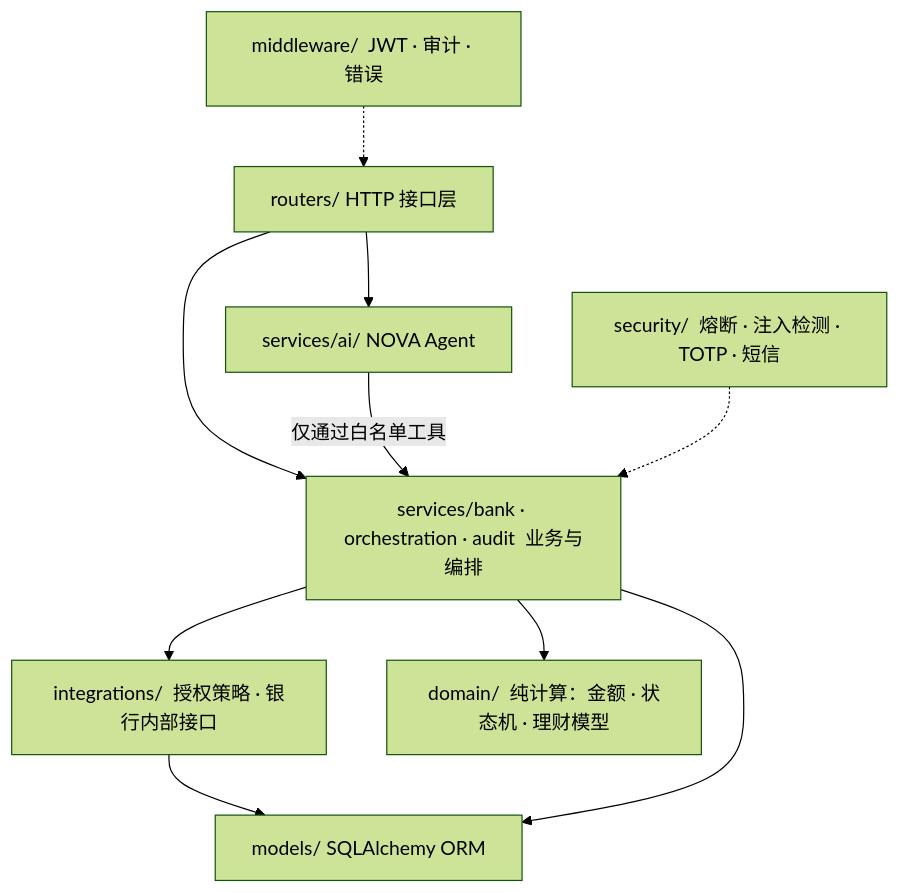
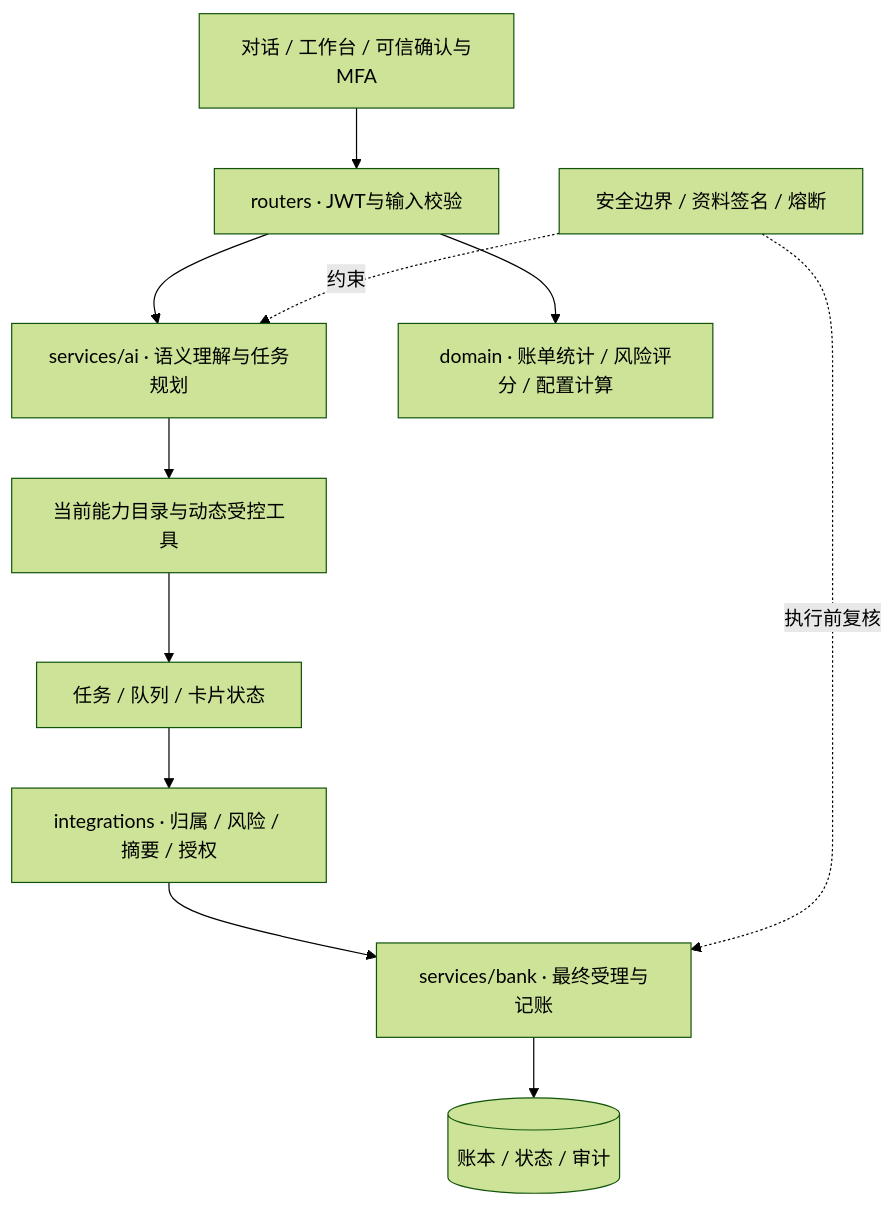
One commit to Stainnifuski/2026-Fintechathon-ai-banking-agent changed the second of 4 diagrams in 技术文档.md. Above: the diagram before and after it, drawn with Mermaid (forest theme). The commit also changed other lines of this file and 39 other files, not shown here.

````diff
--- a/技术文档.md
+++ b/技术文档.md
@@ -32,12 +32,13 @@
 ```mermaid
 flowchart TB
-    R["routers/  HTTP 接口层"] --> AI["services/ai/  NOVA Agent"]
-    R --> S["services/bank · orchestration · audit  业务与编排"]
-    AI -->|仅通过白名单工具| S
-    S --> I["integrations/  授权策略 · 银行内部接口"]
-    S --> D["domain/  纯计算：金额 · 状态机 · 理财模型"]
-    I --> M["models/  SQLAlchemy ORM"]
-    S --> M
-    MW["middleware/  JWT · 审计 · 错误"] -.-> R
-    SEC["security/  熔断 · 注入检测 · TOTP · 短信"] -.-> S
+  FE[对话 / 工作台 / 可信确认与MFA] --> R[routers · JWT与输入校验]
+  R --> AI[services/ai · 语义理解与任务规划]
+  AI --> CAP[当前能力目录与动态受控工具]
+  CAP --> TASK[任务 / 队列 / 卡片状态]
+  TASK --> AUTH[integrations · 归属 / 风险 / 摘要 / 授权]
+  AUTH --> BANK[services/bank · 最终受理与记账]
+  BANK --> DB[(账本 / 状态 / 审计)]
+  R --> DOMAIN[domain · 账单统计 / 风险评分 / 配置计算]
+  GUARD[安全边界 / 资料签名 / 熔断] -.约束.-> AI
+  GUARD -.执行前复核.-> BANK
 ```
````
